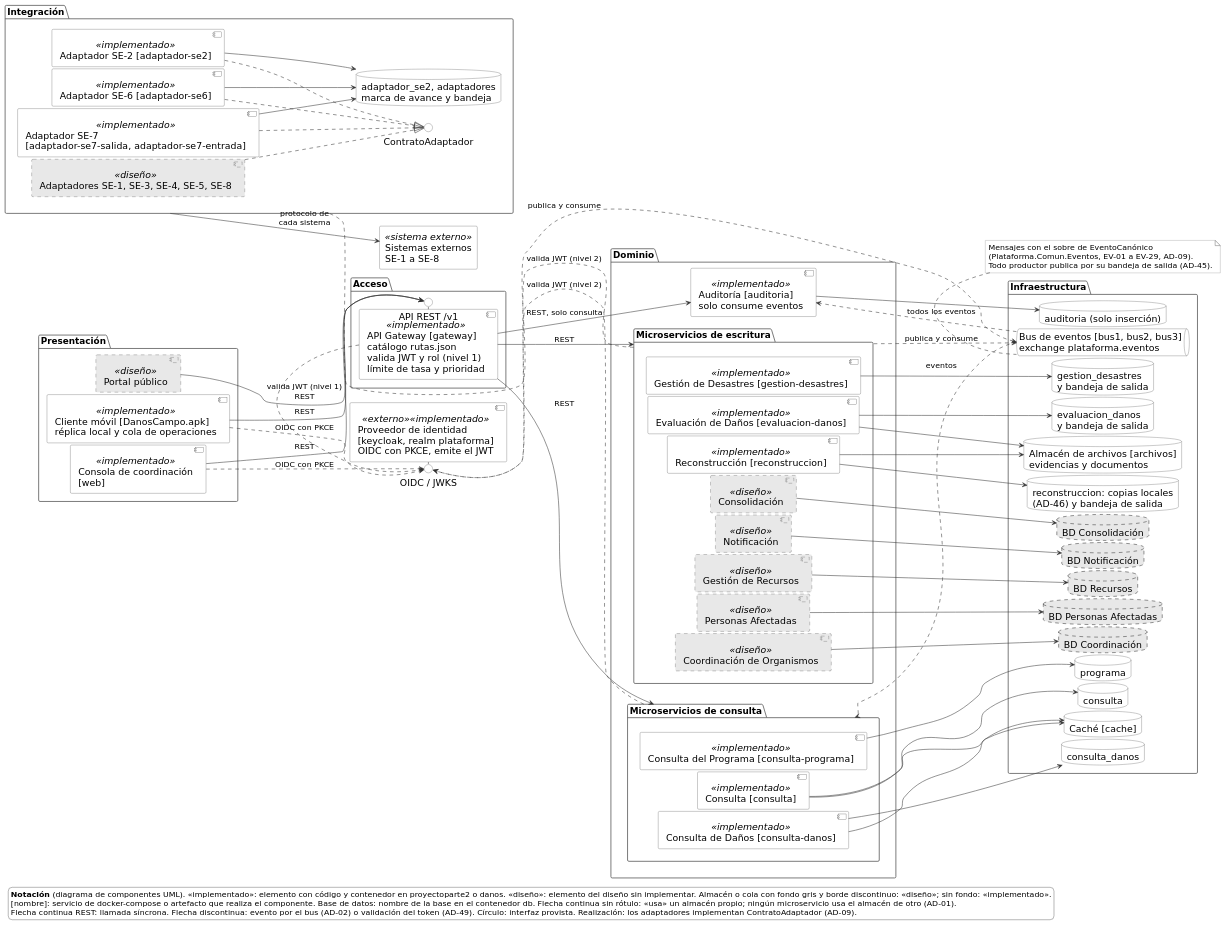
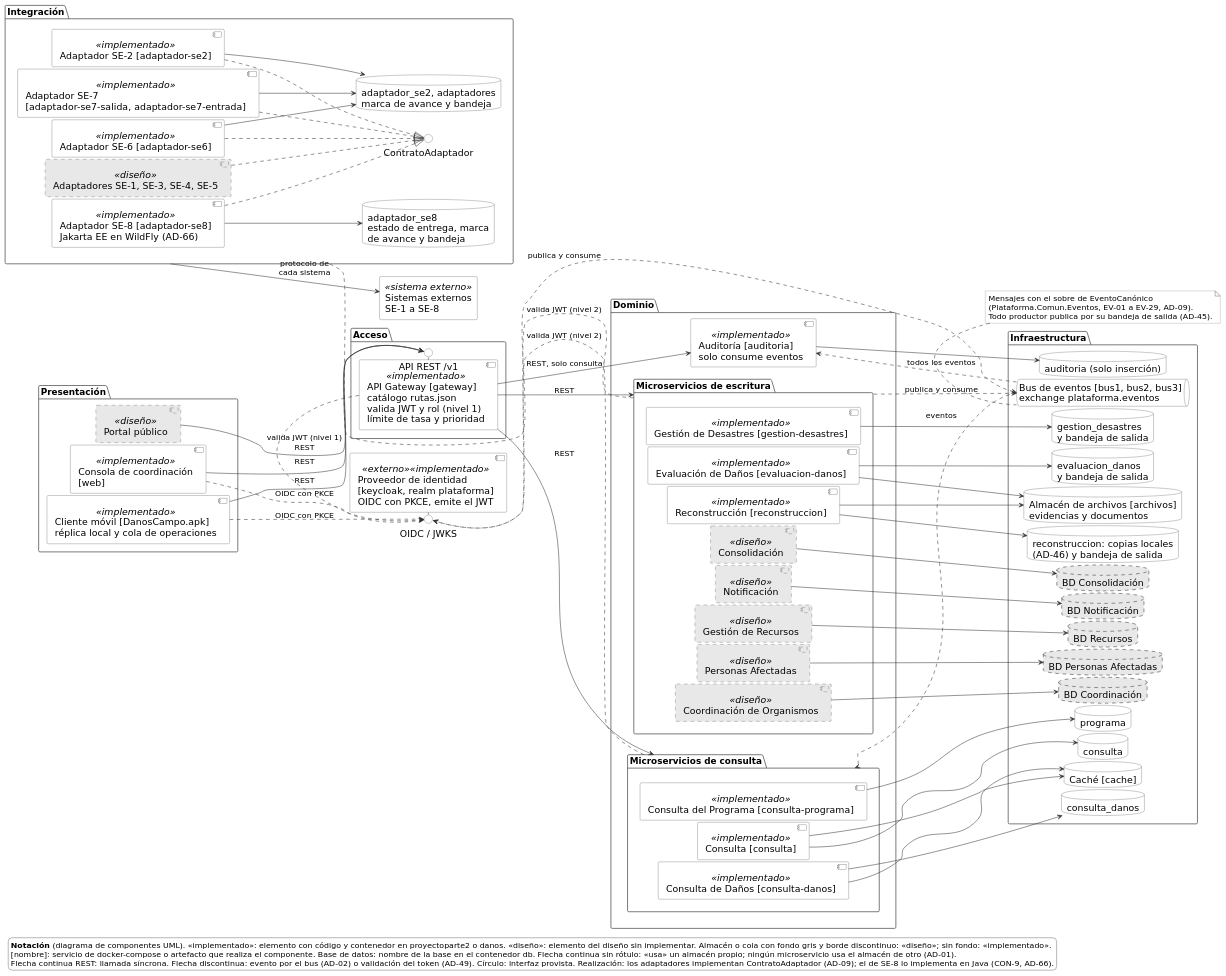
One commit to Gantu78/documentos changed the diagram in sad/figuras/vista_logica.puml. Above: the diagram before and after it, drawn with PlantUML. The commit also changed 15 other files, not shown here.

First line of the commit message:
SRS, SAD y ATAM 1.3: CON-9 y adaptador de SE-8 en Jakarta EE (AD-66)

```diff
--- a/sad/figuras/vista_logica.puml
+++ b/sad/figuras/vista_logica.puml
@@ -1,184 +1,188 @@
 @startuml vista_logica
-' SAD v1.2 - Vista lógica: diagrama de componentes UML del diseño completo (AD-01, AD-02, AD-04, AD-08, AD-09, AD-15, AD-21, AD-45, AD-46, AD-49)
+' SAD v1.3 - Vista lógica: diagrama de componentes UML del diseño completo (AD-01, AD-02, AD-04, AD-08, AD-09, AD-15, AD-21, AD-45, AD-46, AD-49)
 skinparam shadowing false
 skinparam defaultFontName "DejaVu Sans"
 skinparam defaultFontSize 12
 skinparam ArrowFontSize 10
 skinparam ArrowColor #333333
 skinparam componentStyle uml2
 skinparam BackgroundColor #FFFFFF
 skinparam ComponentBorderColor #333333
 skinparam ComponentBackgroundColor #FFFFFF
 skinparam ComponentBackgroundColor<<diseño>> #E8E8E8
 skinparam ComponentBorderStyle<<diseño>> dashed
 skinparam DatabaseBorderColor #333333
 skinparam DatabaseBackgroundColor #FFFFFF
 skinparam DatabaseBackgroundColor<<diseño>> #E8E8E8
 skinparam QueueBorderColor #333333
 skinparam QueueBackgroundColor #FFFFFF
 skinparam QueueBackgroundColor<<diseño>> #E8E8E8
 skinparam NodeBorderColor #333333
 skinparam NodeBackgroundColor #FFFFFF
 skinparam NodeBackgroundColor<<diseño>> #E8E8E8
 skinparam ArtifactBorderColor #333333
 skinparam ArtifactBackgroundColor #FFFFFF
 skinparam PackageBorderColor #555555
 skinparam PackageBackgroundColor #FFFFFF
 skinparam PackageBackgroundColor<<diseño>> #EFEFEF
 skinparam FrameBorderColor #555555
 skinparam InterfaceBorderColor #333333
 skinparam InterfaceBackgroundColor #FFFFFF
 skinparam ActorBorderColor #333333
 skinparam ActorBackgroundColor #FFFFFF
 skinparam UsecaseBorderColor #333333
 skinparam UsecaseBackgroundColor #FFFFFF
 skinparam UsecaseBackgroundColor<<diseño>> #E8E8E8
 skinparam RectangleBorderColor #333333
 skinparam RectangleBackgroundColor #FFFFFF
 skinparam NoteBorderColor #777777
 skinparam NoteBackgroundColor #FFFFFF
 skinparam NoteFontSize 10
 skinparam LegendBorderColor #777777
 skinparam LegendBackgroundColor #FFFFFF
 skinparam LegendFontSize 10
 skinparam StereotypeFontSize 10
 skinparam ParticipantBorderColor #333333
 skinparam ParticipantBackgroundColor #FFFFFF
 skinparam ParticipantBackgroundColor<<diseño>> #E8E8E8
 skinparam SequenceLifeLineBorderColor #555555
 skinparam SequenceGroupBorderColor #555555
 skinparam SequenceGroupBackgroundColor #F2F2F2
 skinparam SequenceBoxBorderColor #777777
 skinparam SequenceBoxBackgroundColor #FFFFFF
 skinparam SequenceDividerBackgroundColor #F2F2F2
 skinparam defaultFontSize 18
 skinparam ArrowFontSize 15
 skinparam StereotypeFontSize 14
 skinparam LegendFontSize 15
 skinparam NoteFontSize 15
 skinparam PackageFontSize 17
 left to right direction
 skinparam nodesep 4
 skinparam ranksep 28
 
 
 package "Presentación" as L1 {
   component "Consola de coordinación\n[web]" <<implementado>> as CC
   component "Portal público" <<diseño>> as PP
   component "Cliente móvil [DanosCampo.apk]\nréplica local y cola de operaciones" <<implementado>> as CM
 }
 
 component "Proveedor de identidad\n[keycloak, realm plataforma]\nOIDC con PKCE, emite el JWT" <<externo>> <<implementado>> as IDP
 interface "OIDC / JWKS" as IOIDC
 IDP - IOIDC
 
 package "Acceso" as L2 {
   component "API Gateway [gateway]\ncatálogo rutas.json\nvalida JWT y rol (nivel 1)\nlímite de tasa y prioridad" <<implementado>> as GW
   interface "API REST /v1" as IREST
   GW - IREST
 }
 
 package "Dominio" as L3 {
   package "Microservicios de escritura" as WR {
     component "Gestión de Desastres [gestion-desastres]" <<implementado>> as GD
     component "Evaluación de Daños [evaluacion-danos]" <<implementado>> as ED
     component "Reconstrucción [reconstruccion]" <<implementado>> as RC
     component "Consolidación" <<diseño>> as CO
     component "Notificación" <<diseño>> as NO
     component "Gestión de Recursos" <<diseño>> as GR
     component "Personas Afectadas" <<diseño>> as PA
     component "Coordinación de Organismos" <<diseño>> as CR
   }
   package "Microservicios de consulta" as RD {
     component "Consulta [consulta]" <<implementado>> as CQ
     component "Consulta de Daños [consulta-danos]" <<implementado>> as CD
     component "Consulta del Programa [consulta-programa]" <<implementado>> as CP
   }
   component "Auditoría [auditoria]\nsolo consume eventos" <<implementado>> as AU
 }
 
 package "Infraestructura" as L4 {
   database "gestion_desastres\ny bandeja de salida" as dGD
   database "evaluacion_danos\ny bandeja de salida" as dED
   database "reconstruccion: copias locales\n(AD-46) y bandeja de salida" as dRC
   database "Almacén de archivos [archivos]\nevidencias y documentos" as dAR
   database "BD Consolidación" as dCO #E8E8E8;line.dashed
   database "BD Notificación" as dNO #E8E8E8;line.dashed
   database "BD Recursos" as dGR #E8E8E8;line.dashed
   database "BD Personas Afectadas" as dPA #E8E8E8;line.dashed
   database "BD Coordinación" as dCR #E8E8E8;line.dashed
   database "consulta" as dCQ
   database "Caché [cache]" as dCA
   database "consulta_danos" as dCD
   database "programa" as dCP
   database "auditoria (solo inserción)" as dAU
   queue "Bus de eventos [bus1, bus2, bus3]\nexchange plataforma.eventos" as BUS
 }
 
 
 package "Integración" as ADS {
   component "Adaptador SE-2 [adaptador-se2]" <<implementado>> as A2
   component "Adaptador SE-6 [adaptador-se6]" <<implementado>> as A6
   component "Adaptador SE-7\n[adaptador-se7-salida, adaptador-se7-entrada]" <<implementado>> as A7
-  component "Adaptadores SE-1, SE-3, SE-4, SE-5, SE-8" <<diseño>> as AX
+  component "Adaptador SE-8 [adaptador-se8]\nJakarta EE en WildFly (AD-66)" <<implementado>> as A8
+  component "Adaptadores SE-1, SE-3, SE-4, SE-5" <<diseño>> as AX
   interface "ContratoAdaptador" as ICA
   database "adaptador_se2, adaptadores\nmarca de avance y bandeja" as dAD
+  database "adaptador_se8\nestado de entrega, marca\nde avance y bandeja" as dA8
 }
 
 rectangle "Sistemas externos\nSE-1 a SE-8" <<sistema externo>> as SE
 
 CC --> IREST : REST
 PP --> IREST : REST
 CM --> IREST : REST
 CC ..> IOIDC : OIDC con PKCE
 CM ..> IOIDC : OIDC con PKCE
 GW .[norank].> IOIDC : valida JWT (nivel 1)
 WR .[norank].> IOIDC : valida JWT (nivel 2)
 RD .[norank].> IOIDC : valida JWT (nivel 2)
 GW --> WR : REST
 GW --> RD : REST
 GW --> AU : REST, solo consulta
 
 GD --> dGD
 
 ED --> dED
 ED --> dAR
 RC --> dRC
 RC --> dAR
 CO --> dCO
 NO --> dNO
 GR --> dGR
 PA --> dPA
 CR --> dCR
 CQ --> dCQ
 CQ --> dCA
 CD --> dCD
 CD --> dCA
 CP --> dCP
 AU --> dAU
 
 WR ..> BUS : publica y consume
 BUS ..> RD : eventos
 BUS ..> AU : todos los eventos
 ADS .[norank].> BUS : publica y consume
 A2 --> dAD
 A6 --> dAD
 A7 --> dAD
+A8 --> dA8
 A2 ..|> ICA
 A6 ..|> ICA
 A7 ..|> ICA
+A8 ..|> ICA
 AX ..|> ICA
 ADS --> SE : protocolo de\ncada sistema
 
 note top of BUS
   Mensajes con el sobre de EventoCanónico
   (Plataforma.Comun.Eventos, EV-01 a EV-29, AD-09).
   Todo productor publica por su bandeja de salida (AD-45).
 end note
 
 legend bottom left
   **Notación** (diagrama de componentes UML). «implementado»: elemento con código y contenedor en proyectoparte2 o danos. «diseño»: elemento del diseño sin implementar. Almacén o cola con fondo gris y borde discontinuo: «diseño»; sin fondo: «implementado».
   [nombre]: servicio de docker-compose o artefacto que realiza el componente. Base de datos: nombre de la base en el contenedor db. Flecha continua sin rótulo: «usa» un almacén propio; ningún microservicio usa el almacén de otro (AD-01).
-  Flecha continua REST: llamada síncrona. Flecha discontinua: evento por el bus (AD-02) o validación del token (AD-49). Círculo: interfaz provista. Realización: los adaptadores implementan ContratoAdaptador (AD-09).
+  Flecha continua REST: llamada síncrona. Flecha discontinua: evento por el bus (AD-02) o validación del token (AD-49). Círculo: interfaz provista. Realización: los adaptadores implementan ContratoAdaptador (AD-09); el de SE-8 lo implementa en Java (CON-9, AD-66).
 endlegend
 @enduml
```
